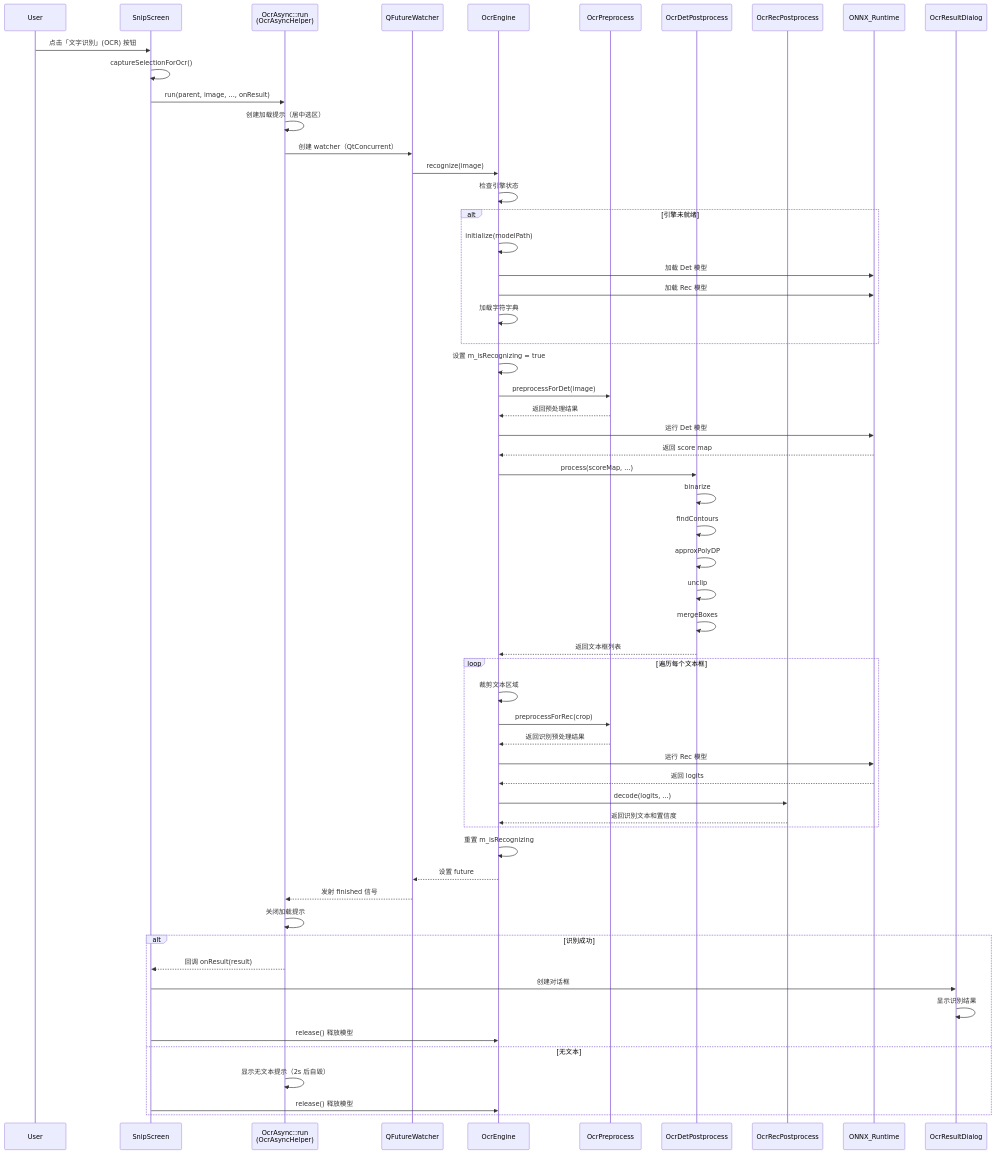
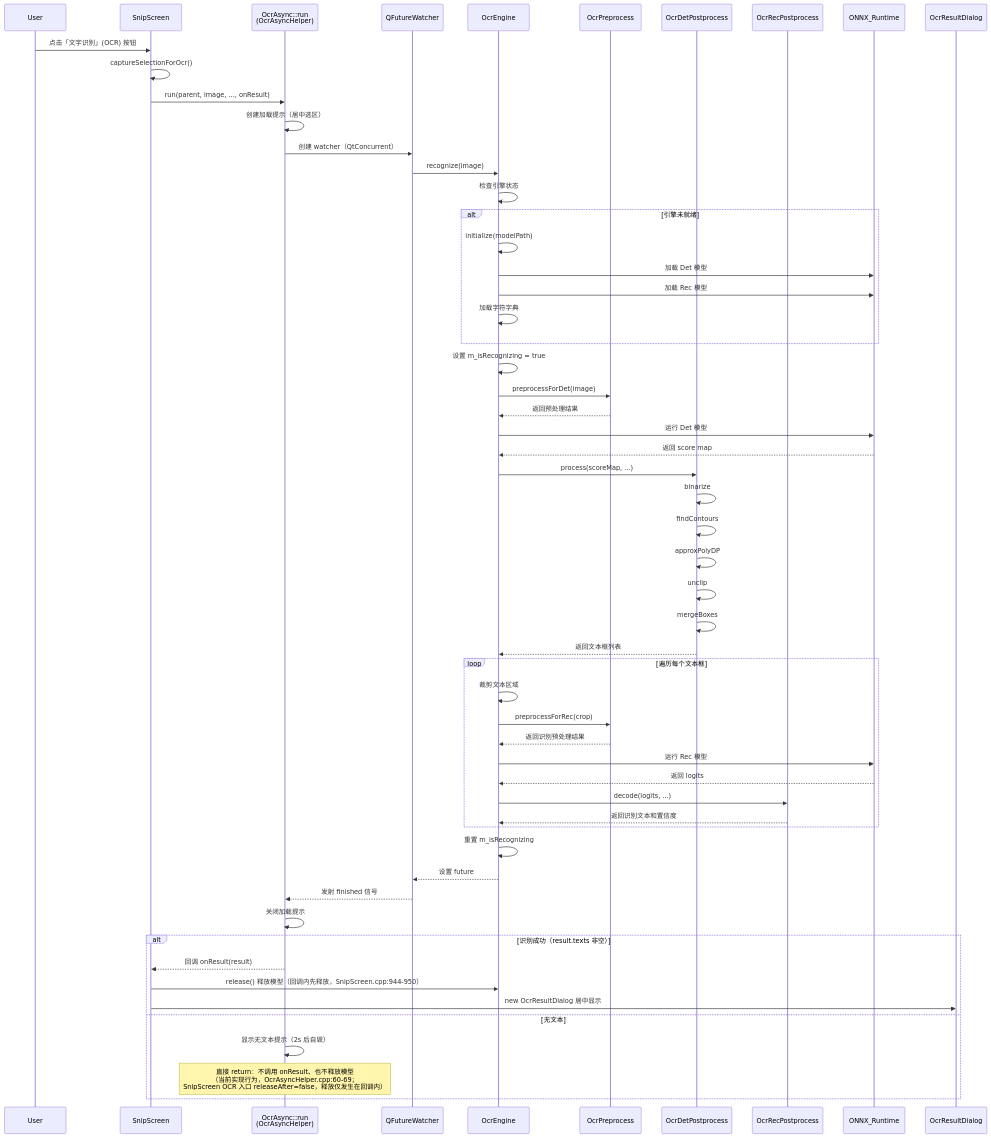
Before and after one commit to ChiangyangNPU/quick-shot: the eighth of 11 diagrams in docs/ocr.md, drawn with Mermaid. The commit also changed other lines of this file and 3 other files, not shown here.

````diff
--- a/docs/ocr.md
+++ b/docs/ocr.md
@@ -467,69 +514,68 @@
 ```mermaid
 sequenceDiagram
     participant User
     participant SnipScreen
     participant OcrAsync as OcrAsync::run<br/>(OcrAsyncHelper)
     participant QFutureWatcher
     participant OcrEngine
     participant OcrPreprocess
     participant OcrDetPostprocess
     participant OcrRecPostprocess
     participant ONNX_Runtime
     participant OcrResultDialog
 
     User->>SnipScreen: 点击「文字识别」(OCR) 按钮
     SnipScreen->>SnipScreen: captureSelectionForOcr()
     SnipScreen->>OcrAsync: run(parent, image, ..., onResult)
     OcrAsync->>OcrAsync: 创建加载提示（居中选区）
     OcrAsync->>QFutureWatcher: 创建 watcher（QtConcurrent）
     QFutureWatcher->>OcrEngine: recognize(image)
     
     OcrEngine->>OcrEngine: 检查引擎状态
     alt 引擎未就绪
         OcrEngine->>OcrEngine: initialize(modelPath)
         OcrEngine->>ONNX_Runtime: 加载 Det 模型
         OcrEngine->>ONNX_Runtime: 加载 Rec 模型
         OcrEngine->>OcrEngine: 加载字符字典
     end
     
     OcrEngine->>OcrEngine: 设置 m_isRecognizing = true
     OcrEngine->>OcrPreprocess: preprocessForDet(image)
     OcrPreprocess-->>OcrEngine: 返回预处理结果
     
     OcrEngine->>ONNX_Runtime: 运行 Det 模型
     ONNX_Runtime-->>OcrEngine: 返回 score map
     
     OcrEngine->>OcrDetPostprocess: process(scoreMap, ...)
     OcrDetPostprocess->>OcrDetPostprocess: binarize
     OcrDetPostprocess->>OcrDetPostprocess: findContours
     OcrDetPostprocess->>OcrDetPostprocess: approxPolyDP
     OcrDetPostprocess->>OcrDetPostprocess: unclip
     OcrDetPostprocess->>OcrDetPostprocess: mergeBoxes
     OcrDetPostprocess-->>OcrEngine: 返回文本框列表
     
     loop 遍历每个文本框
         OcrEngine->>OcrEngine: 裁剪文本区域
         OcrEngine->>OcrPreprocess: preprocessForRec(crop)
         OcrPreprocess-->>OcrEngine: 返回识别预处理结果
         OcrEngine->>ONNX_Runtime: 运行 Rec 模型
         ONNX_Runtime-->>OcrEngine: 返回 logits
         OcrEngine->>OcrRecPostprocess: decode(logits, ...)
         OcrRecPostprocess-->>OcrEngine: 返回识别文本和置信度
     end
     
     OcrEngine->>OcrEngine: 重置 m_isRecognizing
     OcrEngine-->>QFutureWatcher: 设置 future
 
     QFutureWatcher-->>OcrAsync: 发射 finished 信号
     OcrAsync->>OcrAsync: 关闭加载提示
 
-    alt 识别成功
+    alt 识别成功（result.texts 非空）
         OcrAsync-->>SnipScreen: 回调 onResult(result)
-        SnipScreen->>OcrResultDialog: 创建对话框
-        OcrResultDialog->>OcrResultDialog: 显示识别结果
-        SnipScreen->>OcrEngine: release() 释放模型
+        SnipScreen->>OcrEngine: release() 释放模型（回调内先释放，SnipScreen.cpp:944-950）
+        SnipScreen->>OcrResultDialog: new OcrResultDialog 居中显示
     else 无文本
         OcrAsync->>OcrAsync: 显示无文本提示（2s 后自毁）
-        SnipScreen->>OcrEngine: release() 释放模型
+        Note over OcrAsync: 直接 return：不调用 onResult、也不释放模型<br/>（当前实现行为，OcrAsyncHelper.cpp:60-69；<br/>SnipScreen OCR 入口 releaseAfter=false，释放仅发生在回调内）
     end
 ```
````
